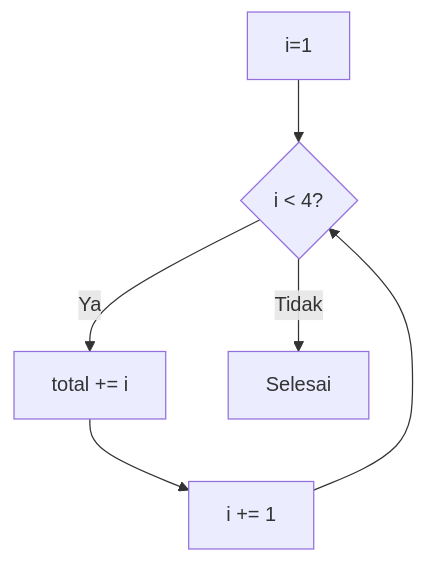
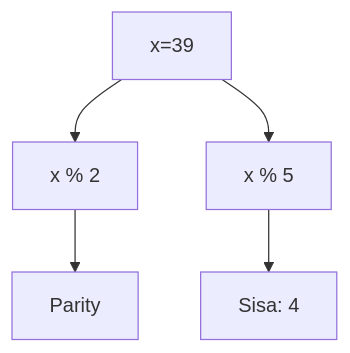
Before and after one commit to amnahwaida/OSNK_INF_PREP: diagram 17 of 25 in part-c-pemahaman-cpp/03-perulangan/latihan/set-04.md, drawn with Mermaid. The commit also changed other lines of this file and 71 other files, not shown here.

````diff
--- a/part-c-pemahaman-cpp/03-perulangan/latihan/set-04.md
+++ b/part-c-pemahaman-cpp/03-perulangan/latihan/set-04.md
@@ -459,8 +509,7 @@
 ```mermaid
 graph TD
-    A[i=1] --> B{i < 4?}
-    B -- Ya --> C[total += i]
-    C --> D[i += 1]
-    D --> B
-    B -- Tidak --> E[Selesai]
+A[x=39] --> B[x % 2]
+B --> C[Parity]
+A --> D[x % 5]
+D --> E[Sisa: 4]
 ```
````
